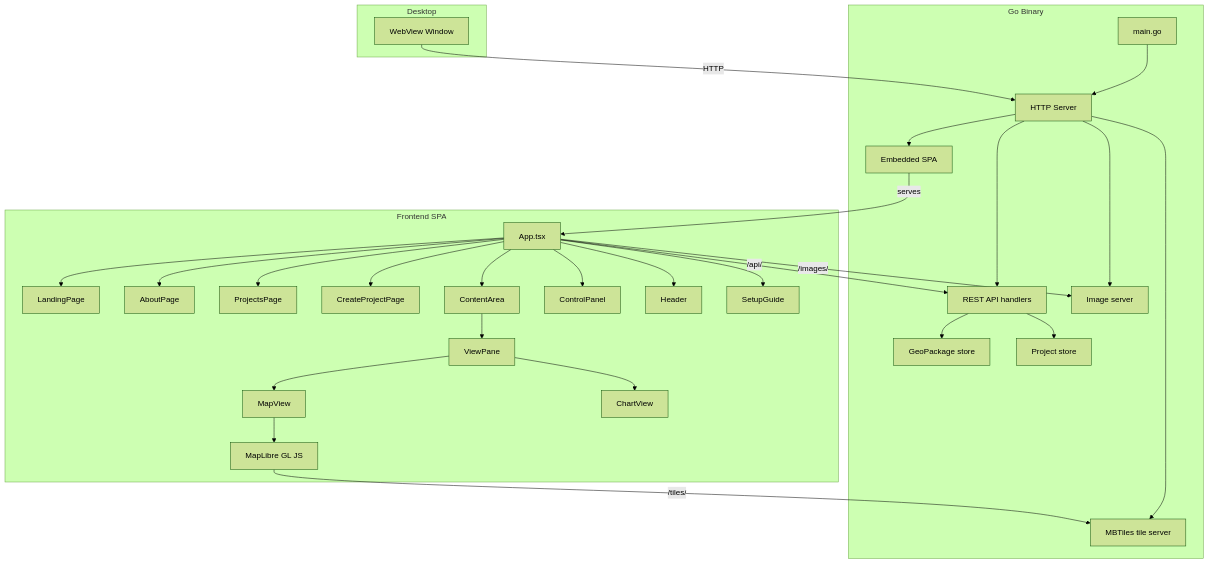
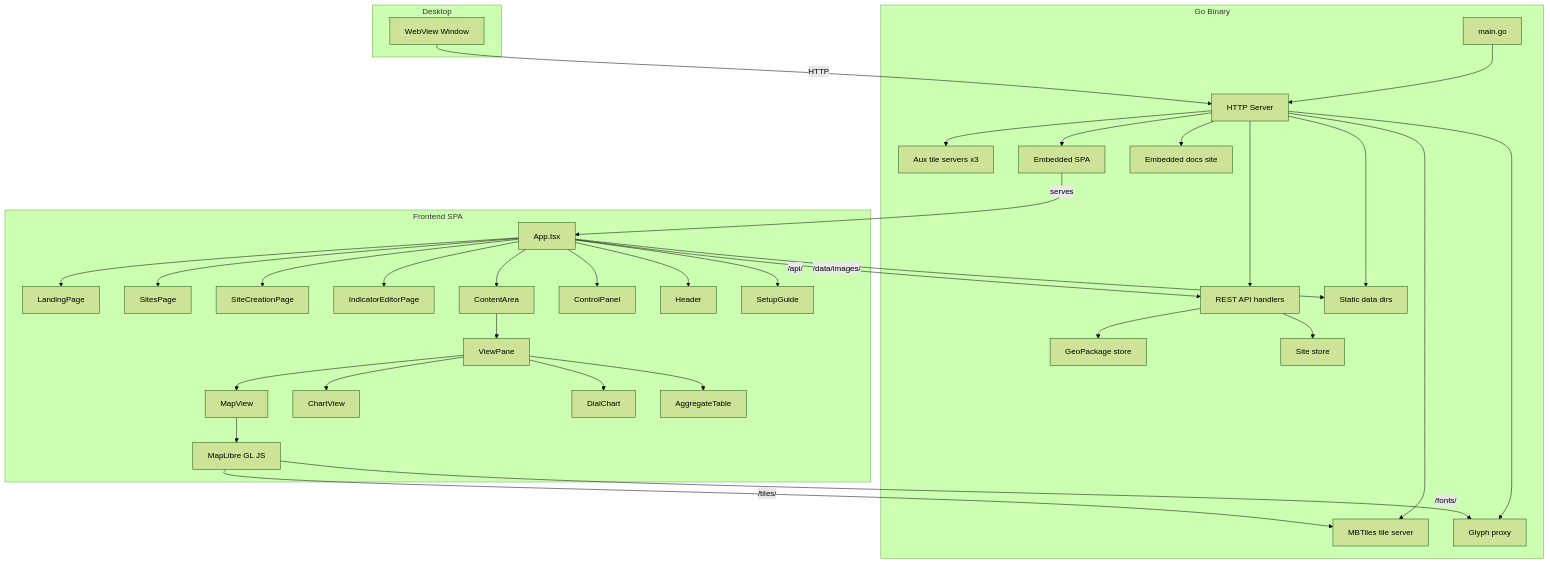
Before and after one commit to kartoza/DecisionTheatre: the first of 3 diagrams in docs/developer-guide/architecture.md, drawn with Mermaid (forest theme). The commit also changed other lines of this file and 90 other files, not shown here.

````diff
--- a/docs/developer-guide/architecture.md
+++ b/docs/developer-guide/architecture.md
@@ -7,37 +12,43 @@
 ```mermaid
 graph TB
     subgraph Desktop
         WV[WebView Window]
     end
 
     subgraph Go Binary
         MAIN[main.go] --> SRV[HTTP Server]
         SRV --> API[REST API handlers]
         SRV --> TILES[MBTiles tile server]
+        SRV --> AUX[Aux tile servers x3]
+        SRV --> GLYPH[Glyph proxy]
         SRV --> STATIC[Embedded SPA]
-        SRV --> IMAGES[Image server]
+        SRV --> DOCS[Embedded docs site]
+        SRV --> FILES[Static data dirs]
         API --> GEO[GeoPackage store]
-        API --> PROJ[Project store]
+        API --> SITE[Site store]
     end
 
     subgraph Frontend SPA
         APP[App.tsx] --> LAND[LandingPage]
-        APP --> ABOUT[AboutPage]
-        APP --> PROJS[ProjectsPage]
-        APP --> CREATE[CreateProjectPage]
+        APP --> SITES[SitesPage]
+        APP --> CREATE[SiteCreationPage]
+        APP --> IND[IndicatorEditorPage]
         APP --> CA[ContentArea]
         CA --> VP[ViewPane]
         VP --> MAP[MapView]
         VP --> CHT[ChartView]
+        VP --> DIAL[DialChart]
+        VP --> TBL[AggregateTable]
         APP --> CP[ControlPanel]
         APP --> HDR[Header]
         APP --> SG[SetupGuide]
         MAP --> ML[MapLibre GL JS]
     end
 
     WV -->|HTTP| SRV
     STATIC -->|serves| APP
     ML -->|/tiles/| TILES
+    ML -->|/fonts/| GLYPH
     APP -->|/api/| API
-    APP -->|/images/| IMAGES
+    APP -->|/data/images/| FILES
 ```
````
